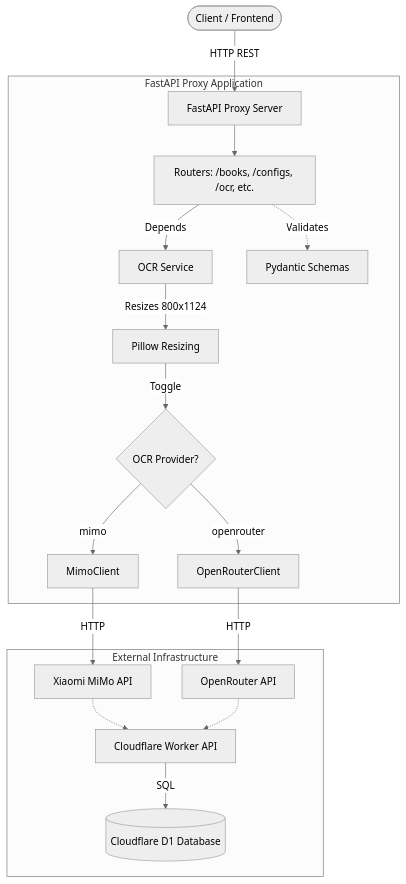
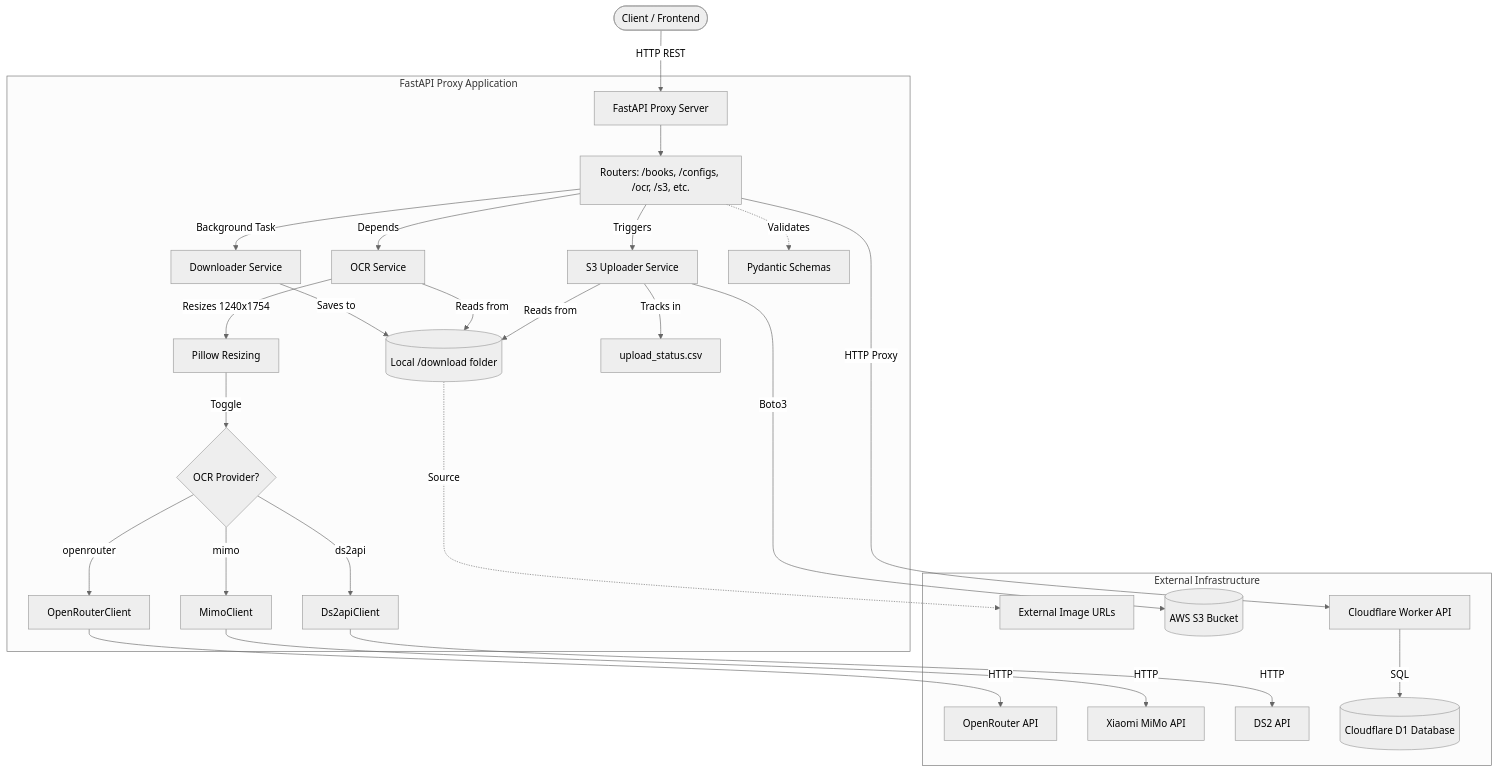
Before and after one commit to baokha04/backup_sgk: the diagram in AGENTS.md, drawn with Mermaid (neutral theme). The commit also changed other lines of this file, not shown here.

````diff
--- a/AGENTS.md
+++ b/AGENTS.md
@@ -57,25 +63,39 @@
 ```mermaid
 graph TD
     %% Actors and Entry Points
     Client([Client / Frontend]) -->|HTTP REST| FastAPI[FastAPI Proxy Server]
     
     %% Internal Proxy Architecture
     subgraph FastAPI Proxy Application
-        FastAPI --> API_Routers[Routers: /books, /configs, /ocr, etc.]
+        FastAPI --> API_Routers[Routers: /books, /configs, /ocr, /s3, etc.]
+        
+        API_Routers --> |Background Task| Downloader[Downloader Service]
+        Downloader --> |Saves to| LocalDisk[(Local /download folder)]
+        
         API_Routers --> |Depends| OCR_Service[OCR Service]
-        OCR_Service --> |Resizes 800x1124| ImageProc[Pillow Resizing]
+        OCR_Service --> |Reads from| LocalDisk
+        OCR_Service --> |Resizes 1240x1754| ImageProc[Pillow Resizing]
         ImageProc --> |Toggle| ProviderSelection{OCR Provider?}
         ProviderSelection -->|openrouter| OR_Client[OpenRouterClient]
         ProviderSelection -->|mimo| MiMo_Client[MimoClient]
+        ProviderSelection -->|ds2api| DS2_Client[Ds2apiClient]
+        
+        API_Routers --> |Triggers| S3_Uploader[S3 Uploader Service]
+        S3_Uploader --> |Reads from| LocalDisk
+        S3_Uploader --> |Tracks in| CSV_Status[upload_status.csv]
+        
         API_Routers -.-> |Validates| Schemas[Pydantic Schemas]
     end
     
     %% External Services
     subgraph External Infrastructure
+        LocalDisk -.-> |Source| Ext_URLs[External Image URLs]
         OR_Client -->|HTTP| OR_API[OpenRouter API]
         MiMo_Client -->|HTTP| MiMo_API[Xiaomi MiMo API]
-        MiMo_API -.-> CF_Worker
-        OR_API -.-> CF_Worker
-        CF_Worker[Cloudflare Worker API] -->|SQL| D1[(Cloudflare D1 Database)]
+        DS2_Client -->|HTTP| DS2_API[DS2 API]
+        S3_Uploader -->|Boto3| AWS_S3[(AWS S3 Bucket)]
+        
+        API_Routers -->|HTTP Proxy| CF_Worker[Cloudflare Worker API]
+        CF_Worker -->|SQL| D1[(Cloudflare D1 Database)]
     end
 ```
````
